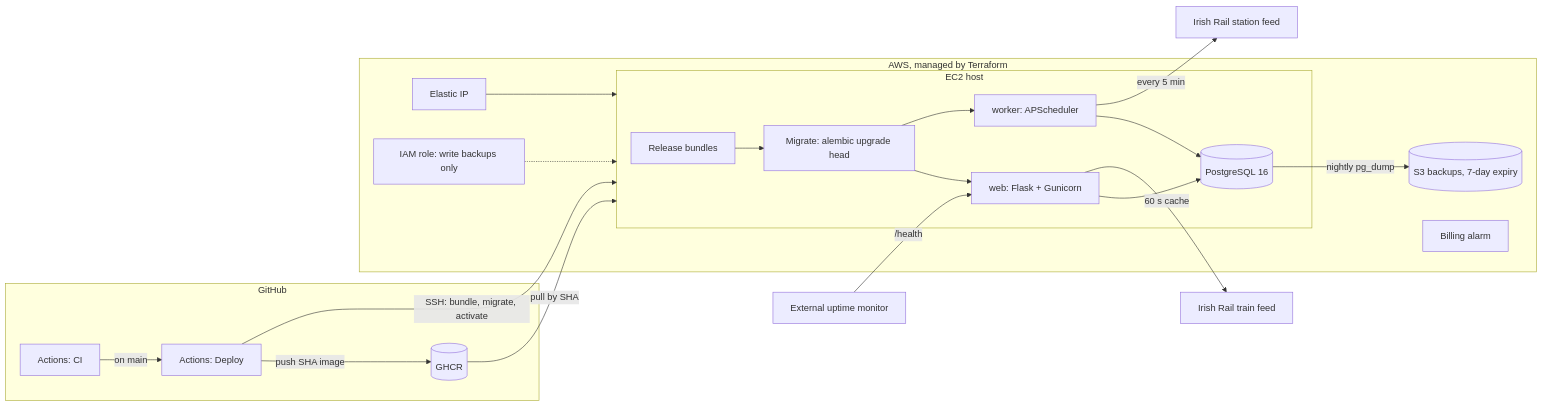
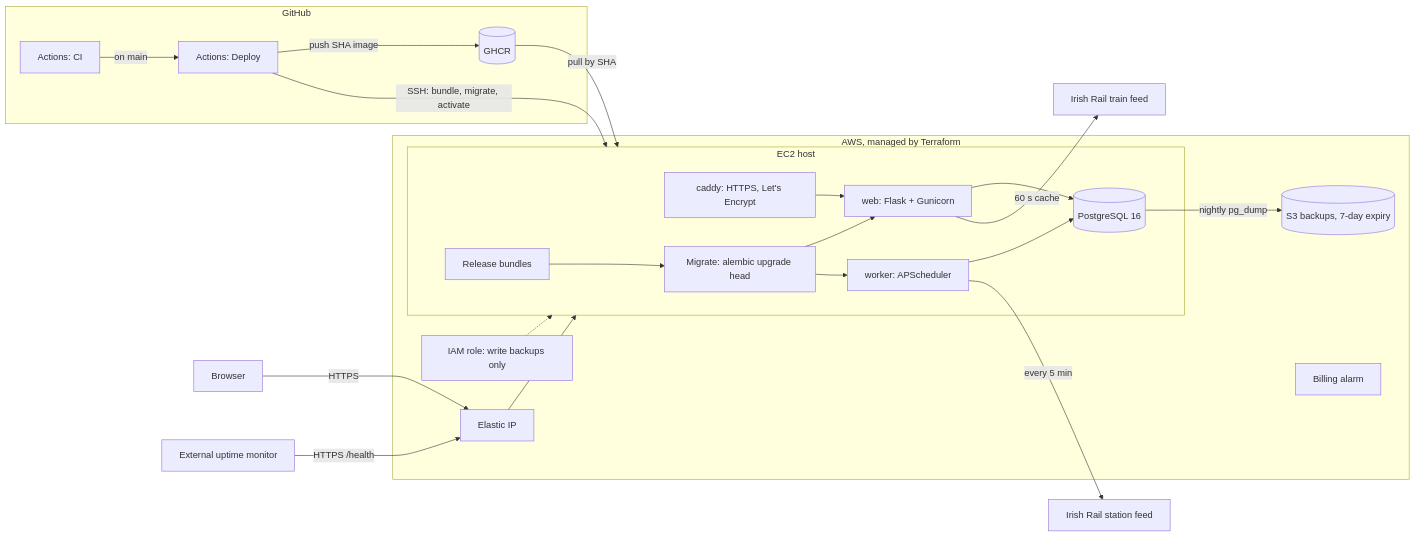
The diagram in README.md (DanSom0/irish-rail-tracker), drawn with Mermaid before and after one commit. The commit also changed other lines of this file and 13 other files, not shown here.

````diff
--- a/README.md
+++ b/README.md
@@ -28,26 +28,28 @@
 ```mermaid
 flowchart LR
   subgraph GH[GitHub]
     CI[Actions: CI] -->|on main| DEP[Actions: Deploy]
     DEP -->|push SHA image| GHCR[(GHCR)]
   end
   subgraph AWS[AWS, managed by Terraform]
     EIP[Elastic IP] --> EC2
     subgraph EC2[EC2 host]
+      CADDY[caddy: HTTPS, Let's Encrypt] --> WEB
       REL[Release bundles] --> MIG[Migrate: alembic upgrade head]
       MIG --> WEB[web: Flask + Gunicorn]
       MIG --> WRK[worker: APScheduler]
       WEB --> DB[(PostgreSQL 16)]
       WRK --> DB
     end
     IAM[IAM role: write backups only] -.-> EC2
     S3[(S3 backups, 7-day expiry)]
     BILL[Billing alarm]
   end
   DEP -->|SSH: bundle, migrate, activate| EC2
   GHCR -->|pull by SHA| EC2
   WRK -->|every 5 min| STN[Irish Rail station feed]
   WEB -->|60 s cache| TRN[Irish Rail train feed]
   DB -->|nightly pg_dump| S3
-  MON[External uptime monitor] -->|/health| WEB
+  USER[Browser] -->|HTTPS| EIP
+  MON[External uptime monitor] -->|HTTPS /health| EIP
 ```
````
